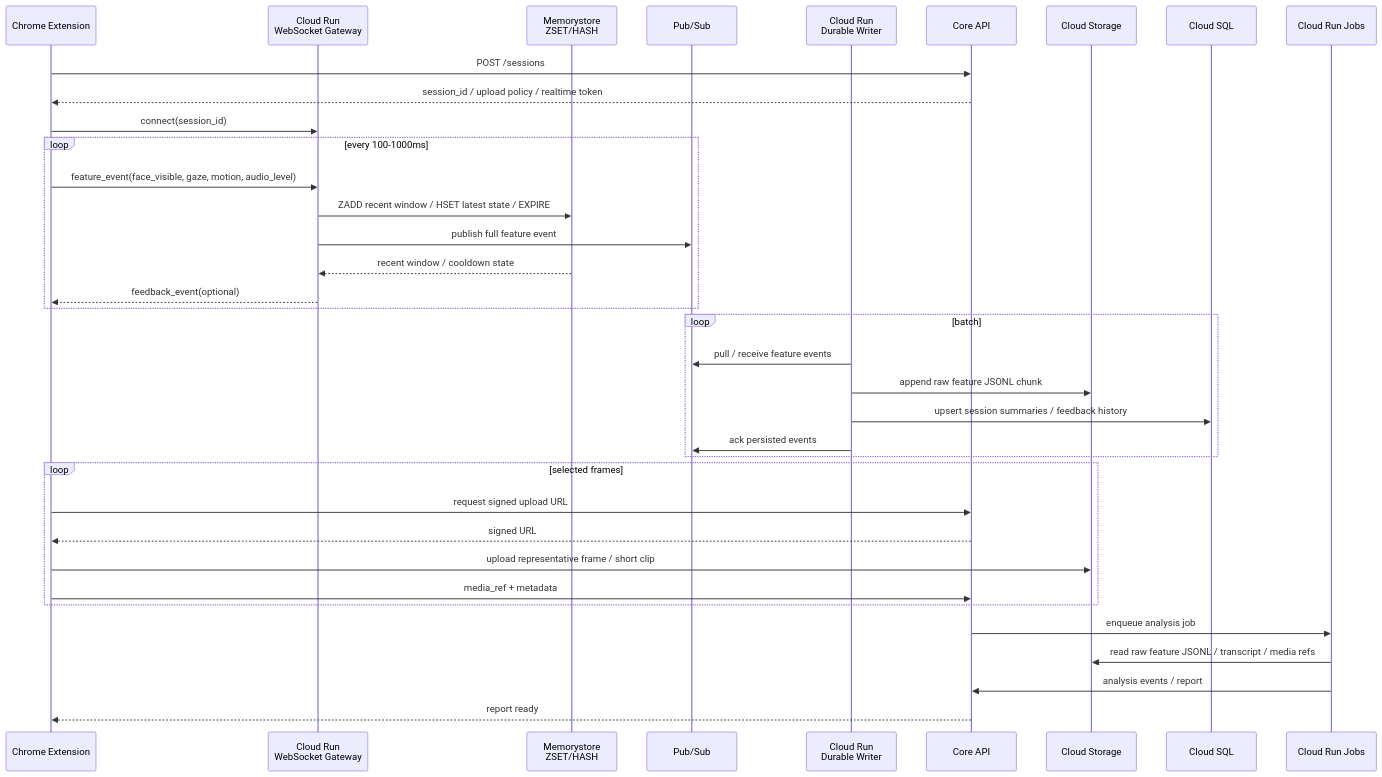
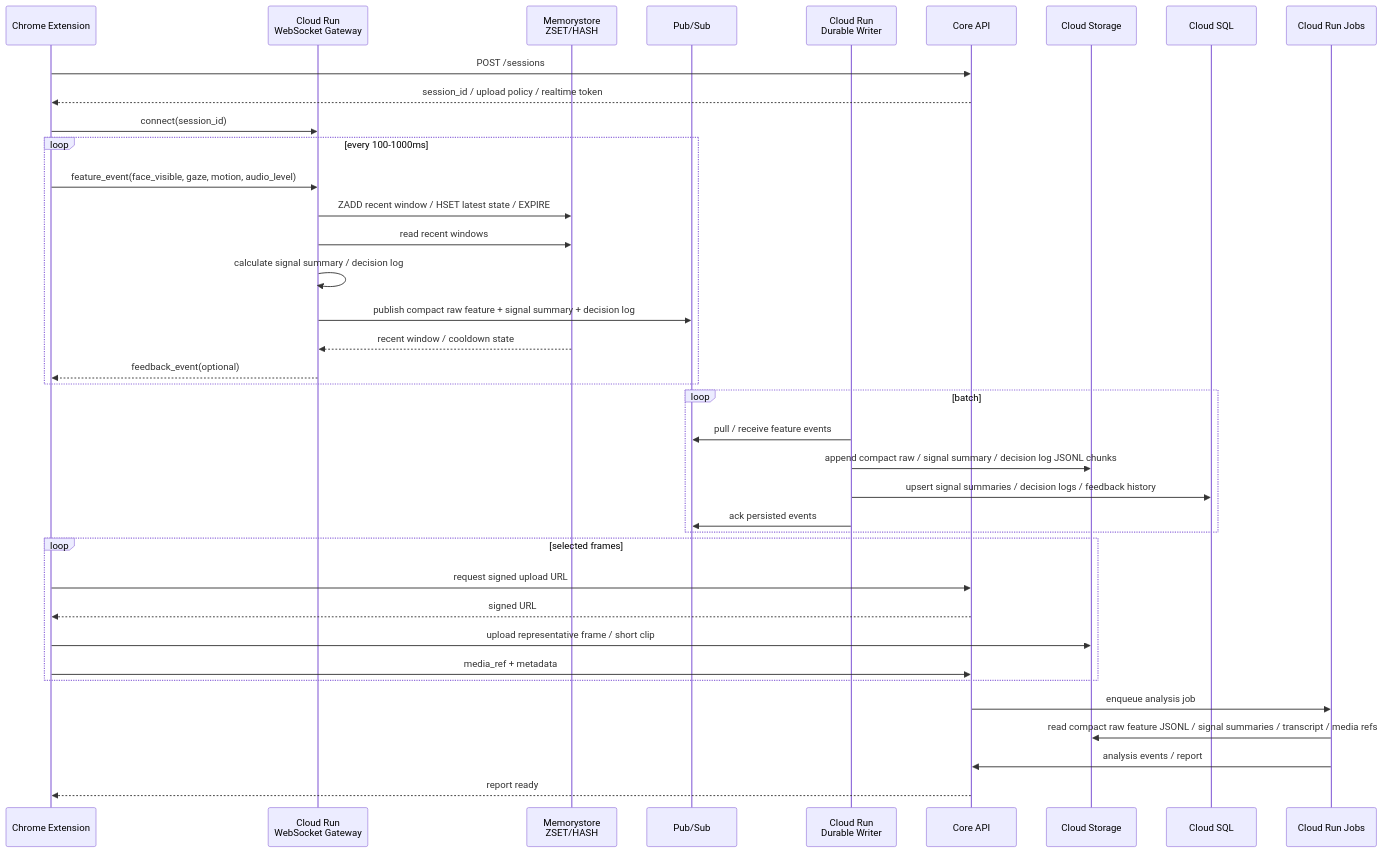
Before and after one commit to k-kanke/reaction-engine: the fourth of 6 diagrams in plan/1st-plan.md, drawn with Mermaid. The commit also changed other lines of this file and 9 other files, not shown here.

````diff
--- a/plan/1st-plan.md
+++ b/plan/1st-plan.md
@@ -243,43 +243,45 @@
 ```mermaid
 sequenceDiagram
   participant Ext as Chrome Extension
   participant WS as Cloud Run<br/>WebSocket Gateway
   participant Redis as Memorystore<br/>ZSET/HASH
   participant PubSub as Pub/Sub
   participant Writer as Cloud Run<br/>Durable Writer
   participant API as Core API
   participant Obj as Cloud Storage
   participant DB as Cloud SQL
   participant Worker as Cloud Run Jobs
 
   Ext->>API: POST /sessions
   API-->>Ext: session_id / upload policy / realtime token
 
   Ext->>WS: connect(session_id)
   loop every 100-1000ms
     Ext->>WS: feature_event(face_visible, gaze, motion, audio_level)
     WS->>Redis: ZADD recent window / HSET latest state / EXPIRE
-    WS->>PubSub: publish full feature event
+    WS->>Redis: read recent windows
+    WS->>WS: calculate signal summary / decision log
+    WS->>PubSub: publish compact raw feature + signal summary + decision log
     Redis-->>WS: recent window / cooldown state
     WS-->>Ext: feedback_event(optional)
   end
 
   loop batch
     Writer->>PubSub: pull / receive feature events
-    Writer->>Obj: append raw feature JSONL chunk
-    Writer->>DB: upsert session summaries / feedback history
+    Writer->>Obj: append compact raw / signal summary / decision log JSONL chunks
+    Writer->>DB: upsert signal summaries / decision logs / feedback history
     Writer->>PubSub: ack persisted events
   end
 
   loop selected frames
     Ext->>API: request signed upload URL
     API-->>Ext: signed URL
     Ext->>Obj: upload representative frame / short clip
     Ext->>API: media_ref + metadata
   end
 
   API->>Worker: enqueue analysis job
-  Worker->>Obj: read raw feature JSONL / transcript / media refs
+  Worker->>Obj: read compact raw feature JSONL / signal summaries / transcript / media refs
   Worker->>API: analysis events / report
   API-->>Ext: report ready
 ```
````
